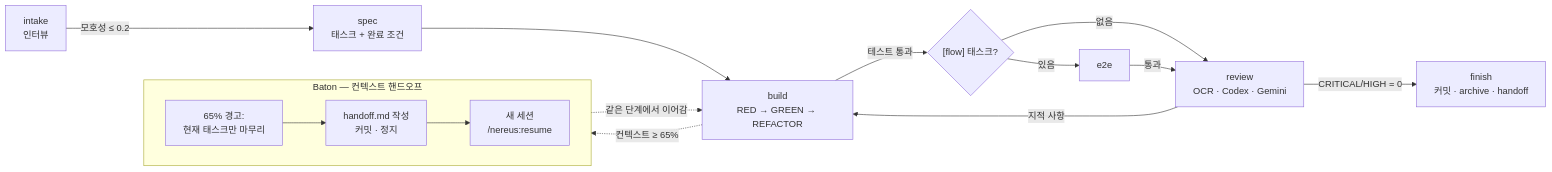
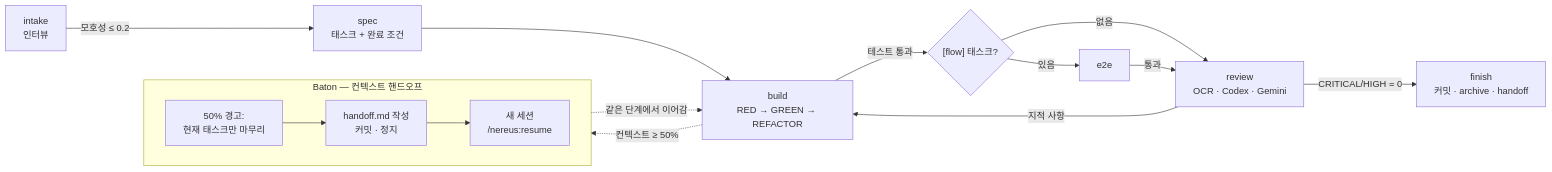
The diagram in README.ko.md (snwlee/Nereus), drawn with Mermaid before and after one commit. The commit also changed other lines of this file and 12 other files, not shown here.

````diff
--- a/README.ko.md
+++ b/README.ko.md
@@ -34,20 +34,20 @@
 ```mermaid
 flowchart LR
     I[intake<br/>인터뷰] -->|모호성 ≤ 0.2| S[spec<br/>태스크 + 완료 조건]
     S --> B[build<br/>RED → GREEN → REFACTOR]
     B -->|테스트 통과| E{"[flow] 태스크?"}
     E -->|있음| Q[e2e]
     E -->|없음| R
     Q -->|통과| R[review<br/>OCR · Codex · Gemini]
     R -->|CRITICAL/HIGH = 0| F[finish<br/>커밋 · archive · handoff]
     R -->|지적 사항| B
 
     subgraph Baton [Baton — 컨텍스트 핸드오프]
         direction LR
-        W[65% 경고:<br/>현재 태스크만 마무리] --> H[handoff.md 작성<br/>커밋 · 정지]
+        W[50% 경고:<br/>현재 태스크만 마무리] --> H[handoff.md 작성<br/>커밋 · 정지]
         H --> N[새 세션<br/>/nereus:resume]
     end
 
-    B -. 컨텍스트 ≥ 65% .-> W
+    B -. 컨텍스트 ≥ 50% .-> W
     N -. 같은 단계에서 이어감 .-> B
 ```
````
